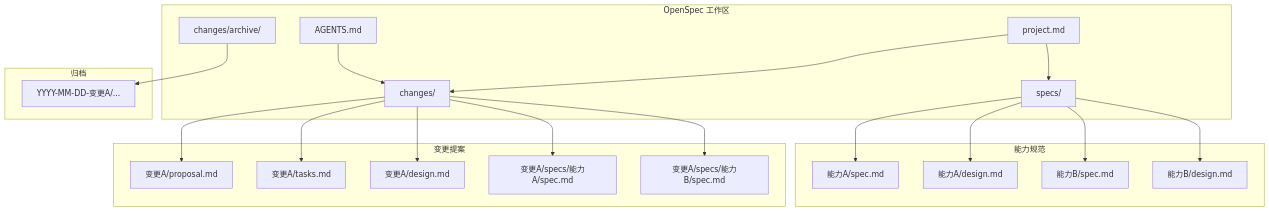
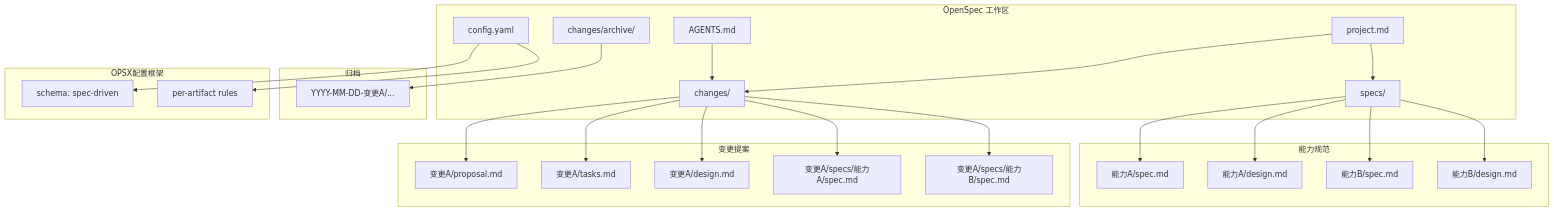
One commit to terwer/siyuan-plugin-publisher changed the first of 7 diagrams in .qoder/repowiki/zh/content/开发指南/扩展开发指南/OpenSpec规范.md. Above: the diagram before and after it, drawn with Mermaid. The commit also changed other lines of this file and 9 other files, not shown here.

````diff
--- a/.qoder/repowiki/zh/content/开发指南/扩展开发指南/OpenSpec规范.md
+++ b/.qoder/repowiki/zh/content/开发指南/扩展开发指南/OpenSpec规范.md
@@ -43,29 +59,34 @@
 ```mermaid
 graph TB
 subgraph "OpenSpec 工作区"
 S["specs/"]
 C["changes/"]
 A["changes/archive/"]
 P["project.md"]
 AG["AGENTS.md"]
+CFG["config.yaml"]
 end
 subgraph "能力规范"
 S --> S_spec["能力A/spec.md"]
 S --> S_design["能力A/design.md"]
 S --> S_spec2["能力B/spec.md"]
 S --> S_design2["能力B/design.md"]
 end
 subgraph "变更提案"
 C --> C_proposal["变更A/proposal.md"]
 C --> C_tasks["变更A/tasks.md"]
 C --> C_design["变更A/design.md"]
 C --> C_deltas["变更A/specs/能力A/spec.md"]
 C --> C_deltas2["变更A/specs/能力B/spec.md"]
 end
 subgraph "归档"
 A --> A_date["YYYY-MM-DD-变更A/..."]
 end
+subgraph "OPSX配置框架"
+CFG --> CFG_schema["schema: spec-driven"]
+CFG --> CFG_rules["per-artifact rules"]
+end
 AG --> C
 P --> S
 P --> C
 ```
````
